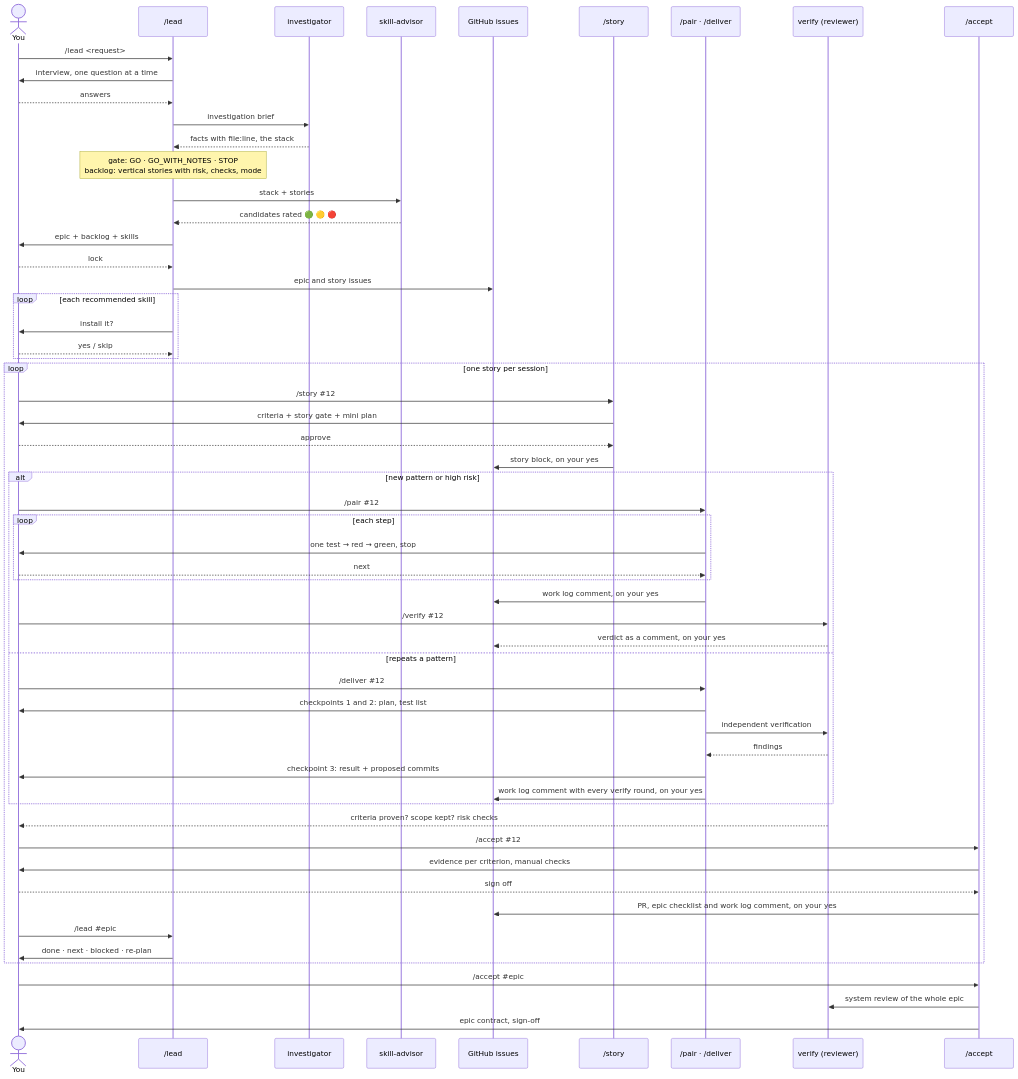
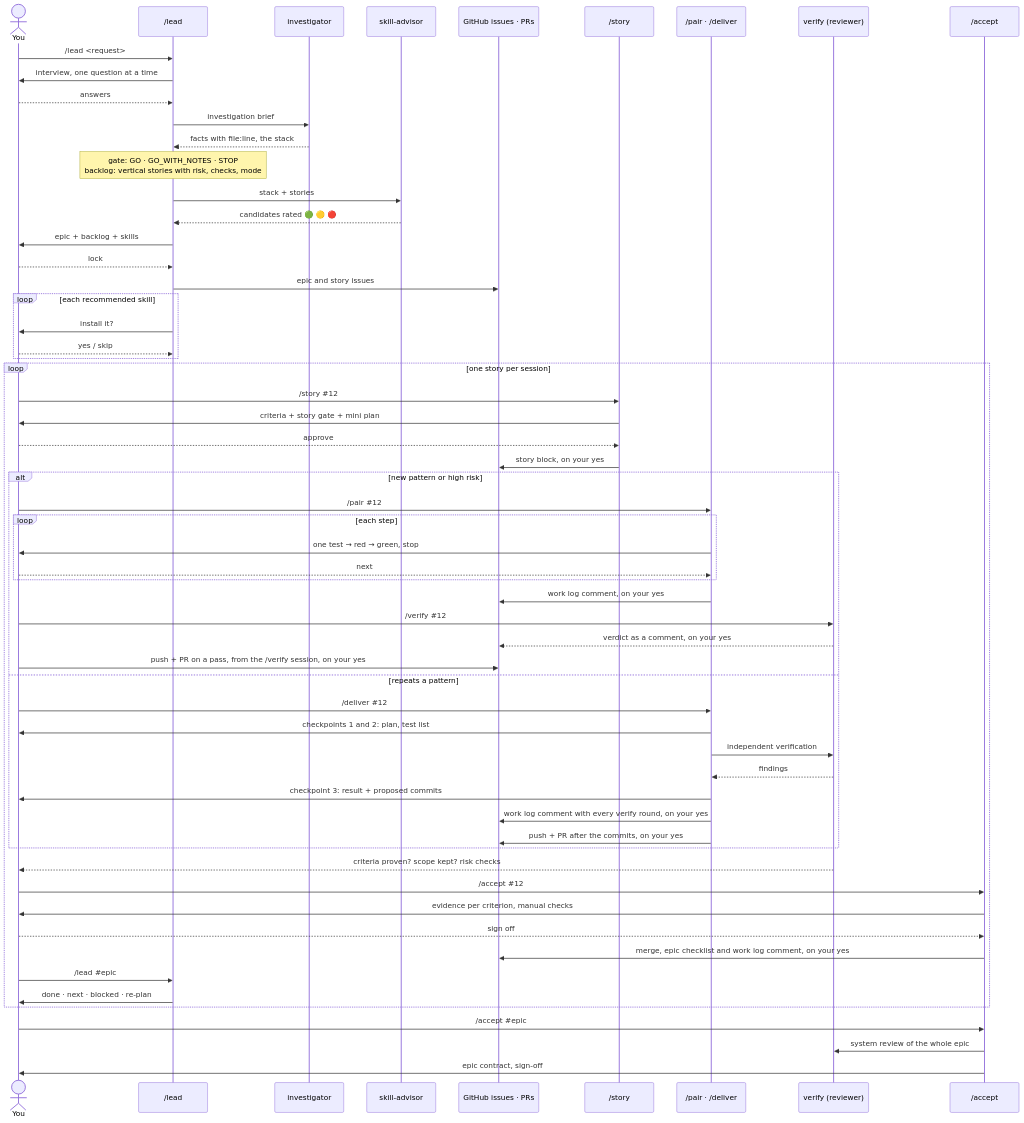
One commit to bitIO/wheelhouse changed the second of 2 diagrams in docs/flow.md. Above: the diagram before and after it, drawn with Mermaid. The commit also changed other lines of this file and 5 other files, not shown here.

First line of the commit message:
feat: open the PR from verify and merge it from accept (#28)

````diff
--- a/docs/flow.md
+++ b/docs/flow.md
@@ -49,63 +49,65 @@
 ```mermaid
 sequenceDiagram
     actor You
     participant Lead as /lead
     participant Inv as investigator
     participant Adv as skill-advisor
-    participant GH as GitHub issues
+    participant GH as GitHub issues · PRs
     participant Story as /story
     participant Build as /pair · /deliver
     participant Rev as verify (reviewer)
     participant Acc as /accept
 
     You->>Lead: /lead <request>
     Lead->>You: interview, one question at a time
     You-->>Lead: answers
     Lead->>Inv: investigation brief
     Inv-->>Lead: facts with file:line, the stack
     Note over Lead: gate: GO · GO_WITH_NOTES · STOP<br/>backlog: vertical stories with risk, checks, mode
     Lead->>Adv: stack + stories
     Adv-->>Lead: candidates rated 🟢 🟡 🔴
     Lead->>You: epic + backlog + skills
     You-->>Lead: lock
     Lead->>GH: epic and story issues
     loop each recommended skill
         Lead->>You: install it?
         You-->>Lead: yes / skip
     end
 
     loop one story per session
         You->>Story: /story #35;12
         Story->>You: criteria + story gate + mini plan
         You-->>Story: approve
         Story->>GH: story block, on your yes
         alt new pattern or high risk
             You->>Build: /pair #35;12
             loop each step
                 Build->>You: one test → red → green, stop
                 You-->>Build: next
             end
             Build->>GH: work log comment, on your yes
             You->>Rev: /verify #35;12
             Rev-->>GH: verdict as a comment, on your yes
+            You->>GH: push + PR on a pass, from the /verify session, on your yes
         else repeats a pattern
             You->>Build: /deliver #35;12
             Build->>You: checkpoints 1 and 2: plan, test list
             Build->>Rev: independent verification
             Rev-->>Build: findings
             Build->>You: checkpoint 3: result + proposed commits
             Build->>GH: work log comment with every verify round, on your yes
+            Build->>GH: push + PR after the commits, on your yes
         end
         Rev-->>You: criteria proven? scope kept? risk checks
         You->>Acc: /accept #35;12
         Acc->>You: evidence per criterion, manual checks
         You-->>Acc: sign off
-        Acc->>GH: PR, epic checklist and work log comment, on your yes
+        Acc->>GH: merge, epic checklist and work log comment, on your yes
         You->>Lead: /lead #35;epic
         Lead->>You: done · next · blocked · re-plan
     end
 
     You->>Acc: /accept #35;epic
     Acc->>Rev: system review of the whole epic
     Acc->>You: epic contract, sign-off
 ```
````
